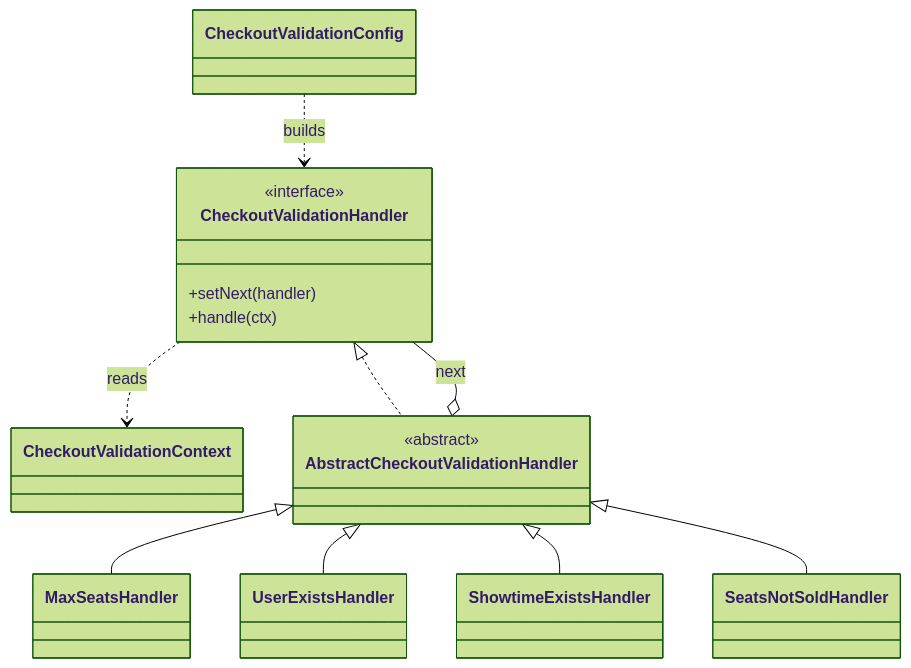
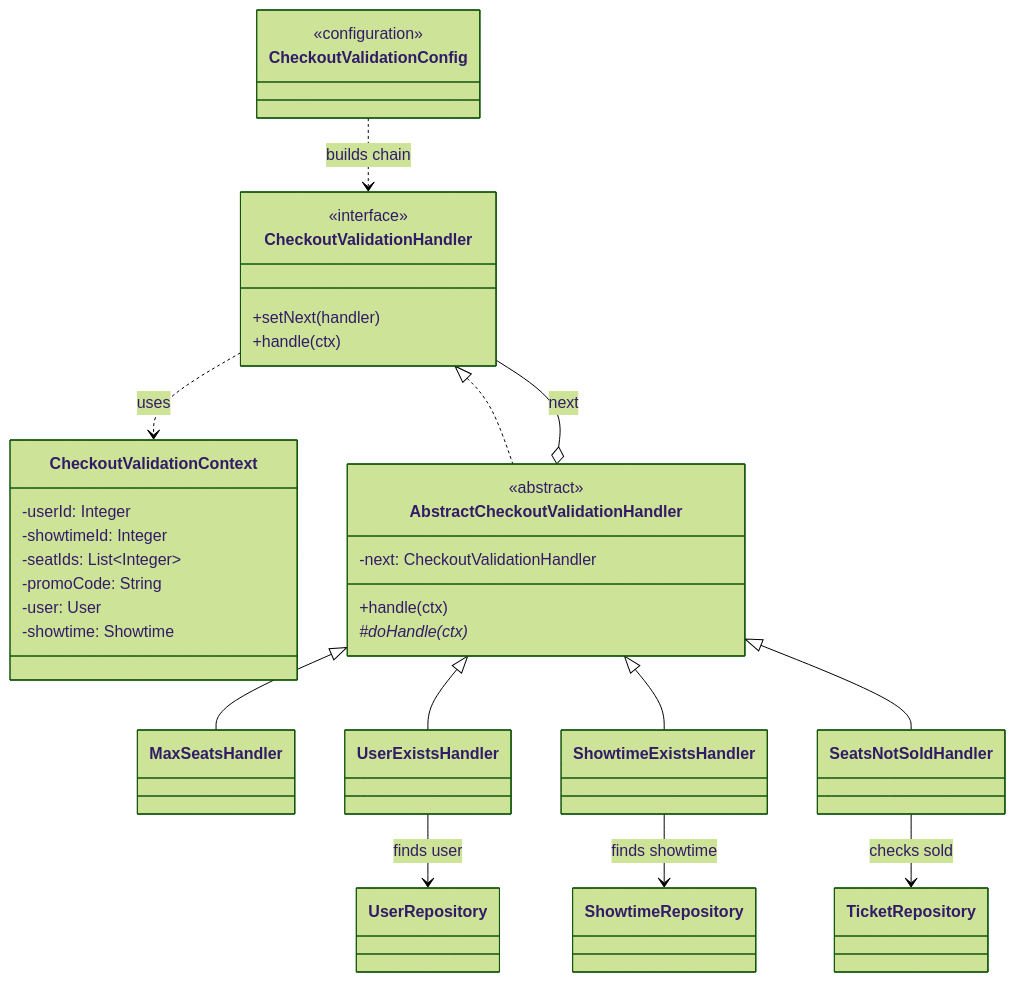
One commit to anhtudayne/Design_Pattern changed the diagram in plans/01-chain-of-responsibility-checkout-validation.md. Above: the diagram before and after it, drawn with Mermaid (forest theme). The commit also changed 30 other files, not shown here.

Commit message:
add uml design pattern

````diff
--- a/plans/01-chain-of-responsibility-checkout-validation.md
+++ b/plans/01-chain-of-responsibility-checkout-validation.md
@@ -109,27 +109,42 @@
 ```mermaid
 classDiagram
   direction TB
-  class CheckoutValidationContext
+  class CheckoutValidationContext {
+    -userId: Integer
+    -showtimeId: Integer
+    -seatIds: List~Integer~
+    -promoCode: String
+    -user: User
+    -showtime: Showtime
+  }
   class CheckoutValidationHandler {
     <<interface>>
     +setNext(handler)
     +handle(ctx)
   }
   class AbstractCheckoutValidationHandler {
     <<abstract>>
+    -next: CheckoutValidationHandler
+    +handle(ctx)
+    #doHandle(ctx)*
   }
   class MaxSeatsHandler
   class UserExistsHandler
   class ShowtimeExistsHandler
   class SeatsNotSoldHandler
-  class CheckoutValidationConfig
+  class CheckoutValidationConfig {
+    <<configuration>>
+  }
 
   CheckoutValidationHandler <|.. AbstractCheckoutValidationHandler
   AbstractCheckoutValidationHandler <|-- MaxSeatsHandler
   AbstractCheckoutValidationHandler <|-- UserExistsHandler
   AbstractCheckoutValidationHandler <|-- ShowtimeExistsHandler
   AbstractCheckoutValidationHandler <|-- SeatsNotSoldHandler
   AbstractCheckoutValidationHandler o-- CheckoutValidationHandler : next
-  CheckoutValidationConfig ..> CheckoutValidationHandler : builds
-  CheckoutValidationHandler ..> CheckoutValidationContext : reads
+  CheckoutValidationConfig ..> CheckoutValidationHandler : builds chain
+  CheckoutValidationHandler ..> CheckoutValidationContext : uses
+  UserExistsHandler --> UserRepository : finds user
+  ShowtimeExistsHandler --> ShowtimeRepository : finds showtime
+  SeatsNotSoldHandler --> TicketRepository : checks sold
 ```
````
